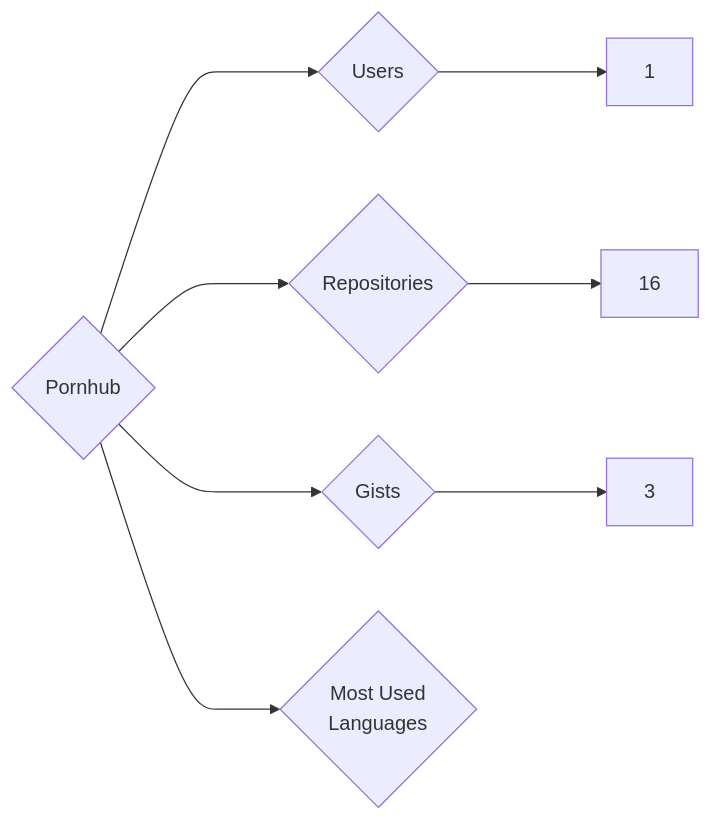
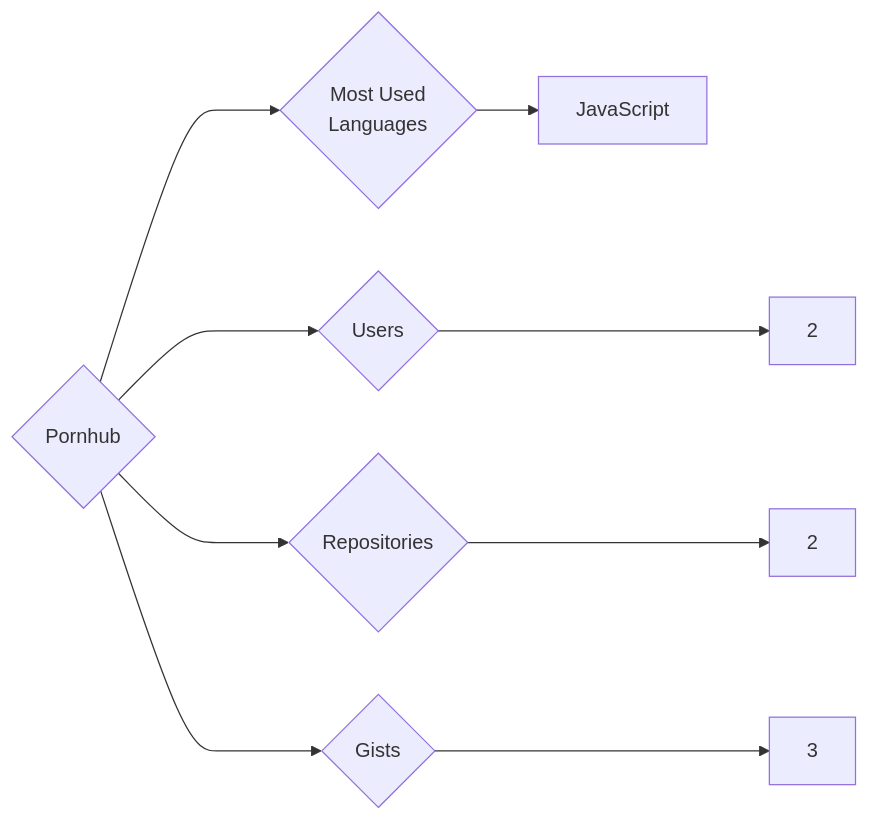
Before and after one commit to trickest/insiders: the diagram in targets/Pornhub/README.md, drawn with Mermaid. The commit also changed 1696 other files, not shown here.

````diff
--- a/targets/Pornhub/README.md
+++ b/targets/Pornhub/README.md
@@ -3,8 +3,9 @@
 ```mermaid
 graph LR
 COMPANY_NAME{Pornhub}
-COMPANY_NAME ---> U{Users} ---> UN[1]
-COMPANY_NAME ---> R{Repositories} ---> RN[16]
+COMPANY_NAME ---> U{Users} ---> UN[2]
+COMPANY_NAME ---> R{Repositories} ---> RN[2]
 COMPANY_NAME ---> G{Gists} ---> GN[3]
 COMPANY_NAME ---> ML{Most Used<br>Languages}
+ML --> JavaScript[JavaScript]
 ```
````
